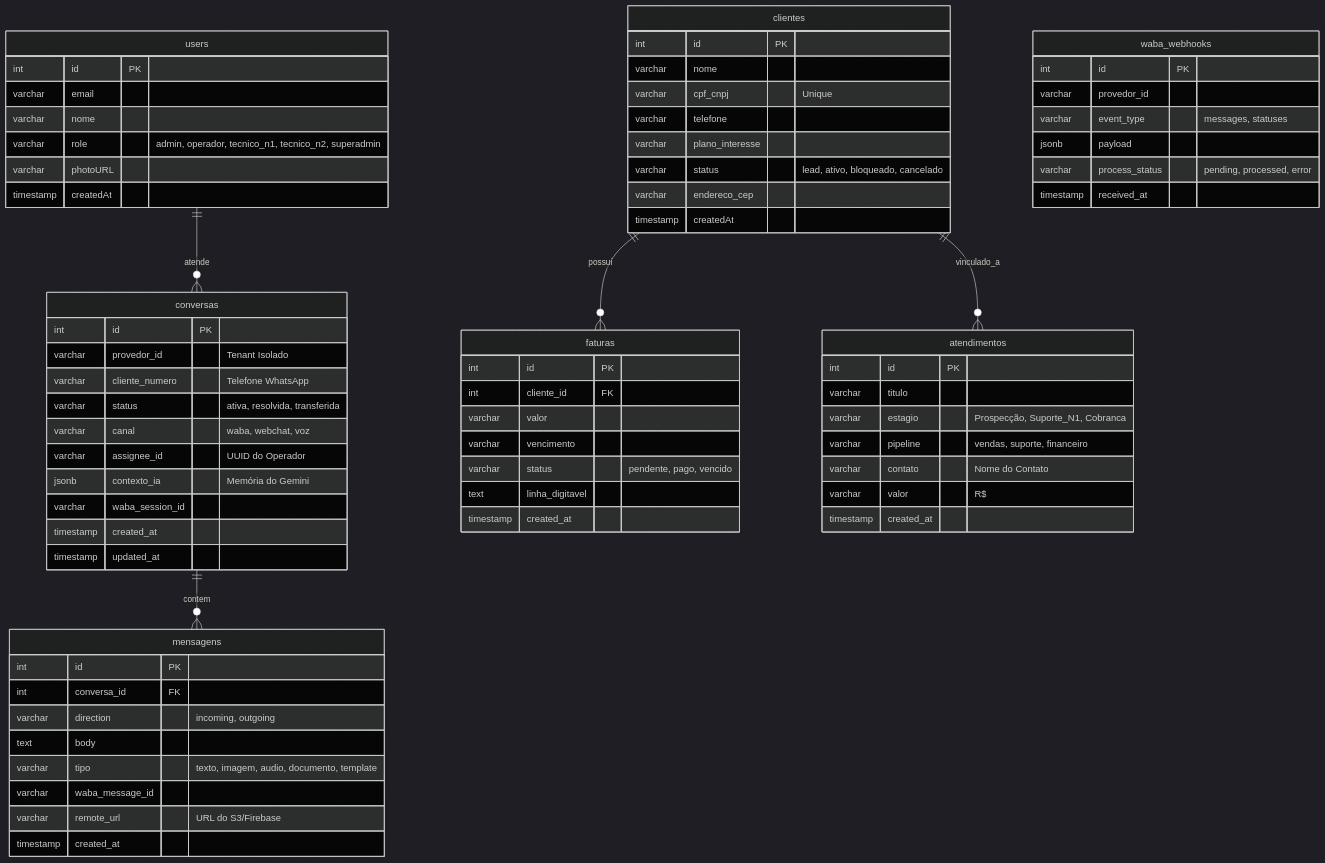
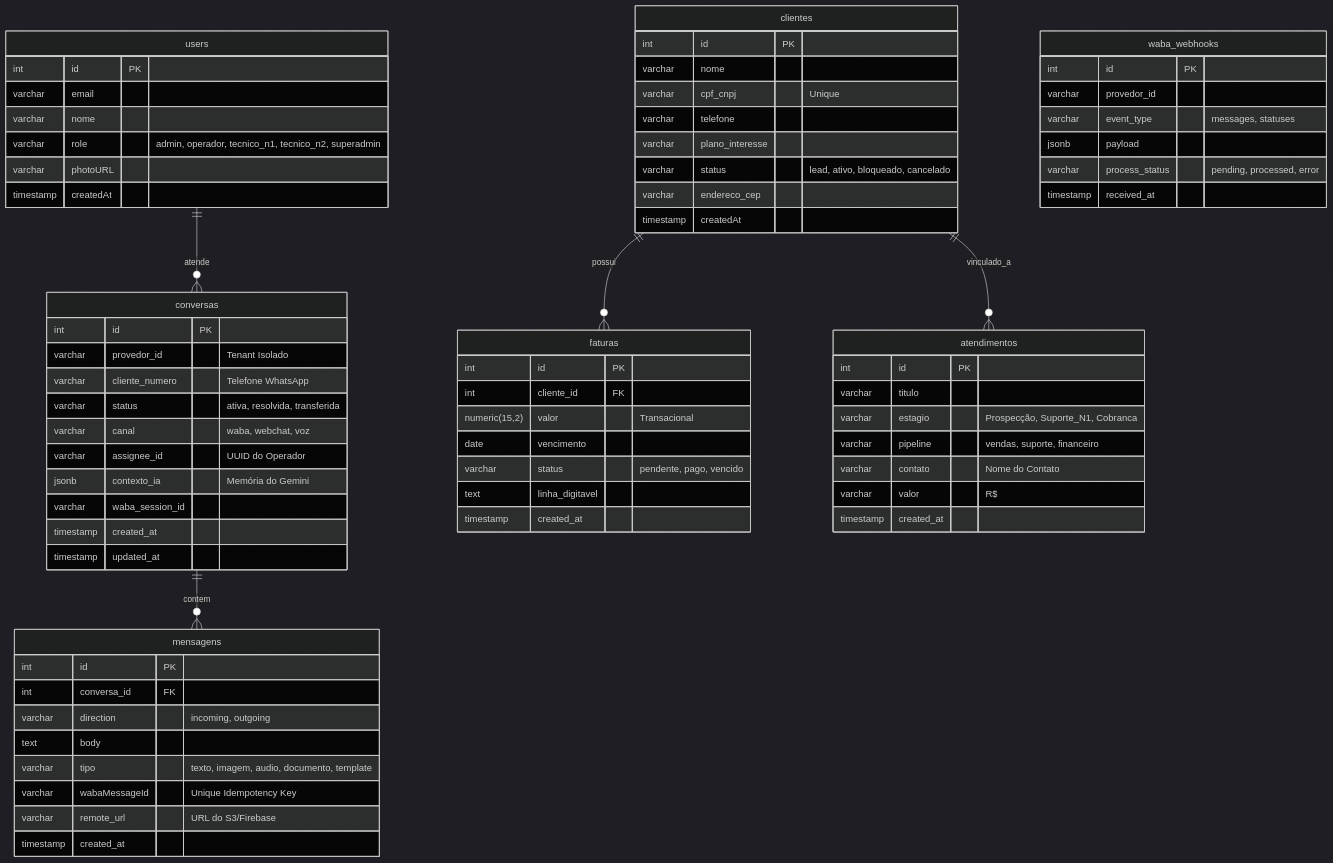
Before and after one commit to enlaceslz/nap-ai: the first of 2 diagrams in infra.md, drawn with Mermaid (dark theme). The commit also changed 27 other files, not shown here.

First line of the commit message:
feat(db): update schema, add idempotency and docs

````diff
--- a/infra.md
+++ b/infra.md
@@ -7,80 +7,80 @@
 ```mermaid
 erDiagram
     users {
         int id PK
         varchar email
         varchar nome
         varchar role "admin, operador, tecnico_n1, tecnico_n2, superadmin"
         varchar photoURL
         timestamp createdAt
     }
 
     clientes {
         int id PK
         varchar nome
         varchar cpf_cnpj "Unique"
         varchar telefone
         varchar plano_interesse
         varchar status "lead, ativo, bloqueado, cancelado"
         varchar endereco_cep
         timestamp createdAt
     }
 
     faturas {
         int id PK
         int cliente_id FK
-        varchar valor
-        varchar vencimento
+        numeric(15,2) valor "Transacional"
+        date vencimento
         varchar status "pendente, pago, vencido"
         text linha_digitavel
         timestamp created_at
     }
 
     conversas {
         int id PK
         varchar provedor_id "Tenant Isolado"
         varchar cliente_numero "Telefone WhatsApp"
         varchar status "ativa, resolvida, transferida"
         varchar canal "waba, webchat, voz"
         varchar assignee_id "UUID do Operador"
         jsonb contexto_ia "Memória do Gemini"
         varchar waba_session_id
         timestamp created_at
         timestamp updated_at
     }
 
     mensagens {
         int id PK
         int conversa_id FK
         varchar direction "incoming, outgoing"
         text body
         varchar tipo "texto, imagem, audio, documento, template"
-        varchar waba_message_id
+        varchar wabaMessageId "Unique Idempotency Key"
         varchar remote_url "URL do S3/Firebase"
         timestamp created_at
     }
 
     waba_webhooks {
         int id PK
         varchar provedor_id
         varchar event_type "messages, statuses"
         jsonb payload
         varchar process_status "pending, processed, error"
         timestamp received_at
     }
 
     atendimentos {
         int id PK
         varchar titulo
         varchar estagio "Prospecção, Suporte_N1, Cobranca"
         varchar pipeline "vendas, suporte, financeiro"
         varchar contato "Nome do Contato"
         varchar valor "R$"
         timestamp created_at
     }
 
     clientes ||--o{ faturas : "possui"
     clientes ||--o{ atendimentos : "vinculado_a"
     conversas ||--o{ mensagens : "contem"
     users ||--o{ conversas : "atende"
 ```
````
